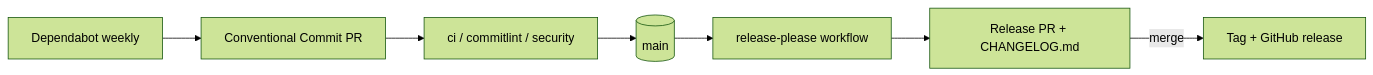
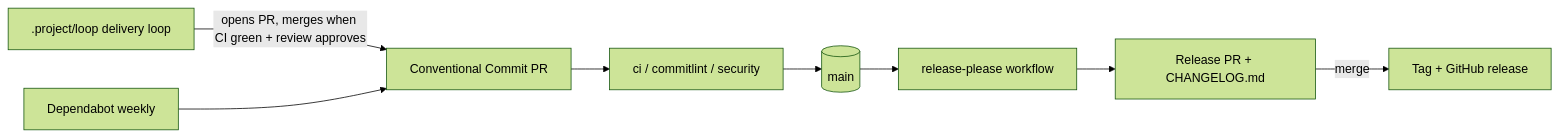
The fourth of 4 diagrams in docs/architecture.md (koklo-dev/koklo), drawn with Mermaid (forest theme) before and after one commit. The commit also changed other lines of this file and 3 other files, not shown here.

````diff
--- a/docs/architecture.md
+++ b/docs/architecture.md
@@ -63,9 +63,10 @@
 ```mermaid
 flowchart LR
   dev[Conventional Commit PR] --> ci[ci / commitlint / security]
   ci --> main[(main)]
+  loop[.project/loop delivery loop] -->|opens PR, merges when CI green + review approves| dev
   main --> rp[release-please workflow]
   rp --> pr[Release PR + CHANGELOG.md]
   pr -->|merge| tag[Tag + GitHub release]
   dep[Dependabot weekly] --> dev
 ```
````
